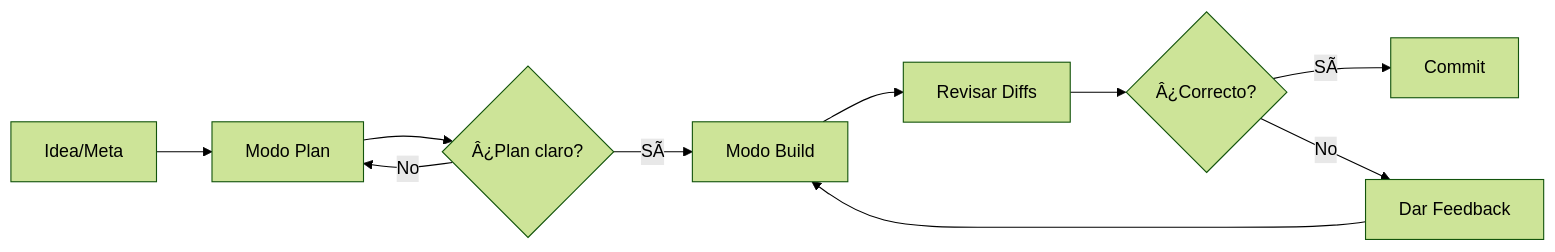
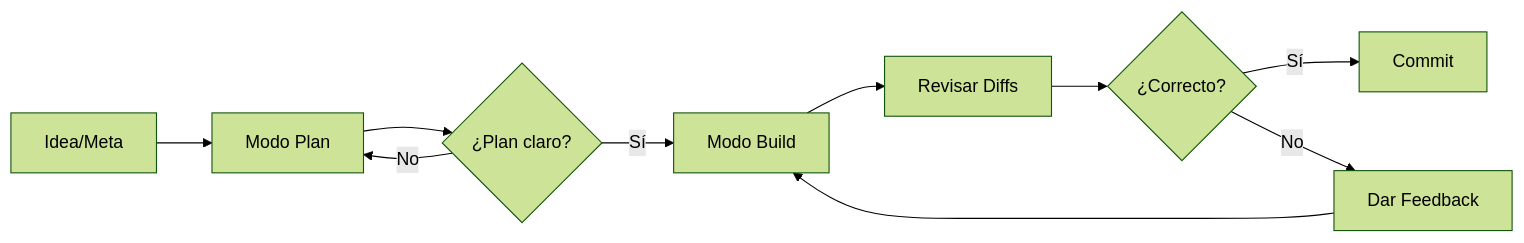
The diagram in 07 - IA y Tooling/01 - OpenCode/02 - Módulo 2 - Flujo de Trabajo Básico y Modos de Operación.md (EduMMorenolp/GuiasHerramientasDesarrollo), drawn with Mermaid (forest theme) before and after one commit. The commit also changed other lines of this file and 147 other files, not shown here.

````diff
--- a/07 - IA y Tooling/01 - OpenCode/02 - Módulo 2 - Flujo de Trabajo Básico y Modos de Operación.md
+++ b/07 - IA y Tooling/01 - OpenCode/02 - Módulo 2 - Flujo de Trabajo Básico y Modos de Operación.md
@@ -97,12 +97,12 @@
 ```mermaid
 flowchart LR
     A[Idea/Meta] --> B[Modo Plan]
-    B --> C{Â¿Plan claro?}
-    C -- SÃ­ --> D[Modo Build]
+    B --> C{¿Plan claro?}
+    C -- Sí --> D[Modo Build]
     C -- No --> B
     D --> E[Revisar Diffs]
-    E --> F{Â¿Correcto?}
-    F -- SÃ­ --> G[Commit]
+    E --> F{¿Correcto?}
+    F -- Sí --> G[Commit]
     F -- No --> H[Dar Feedback]
     H --> D
 ```
````
